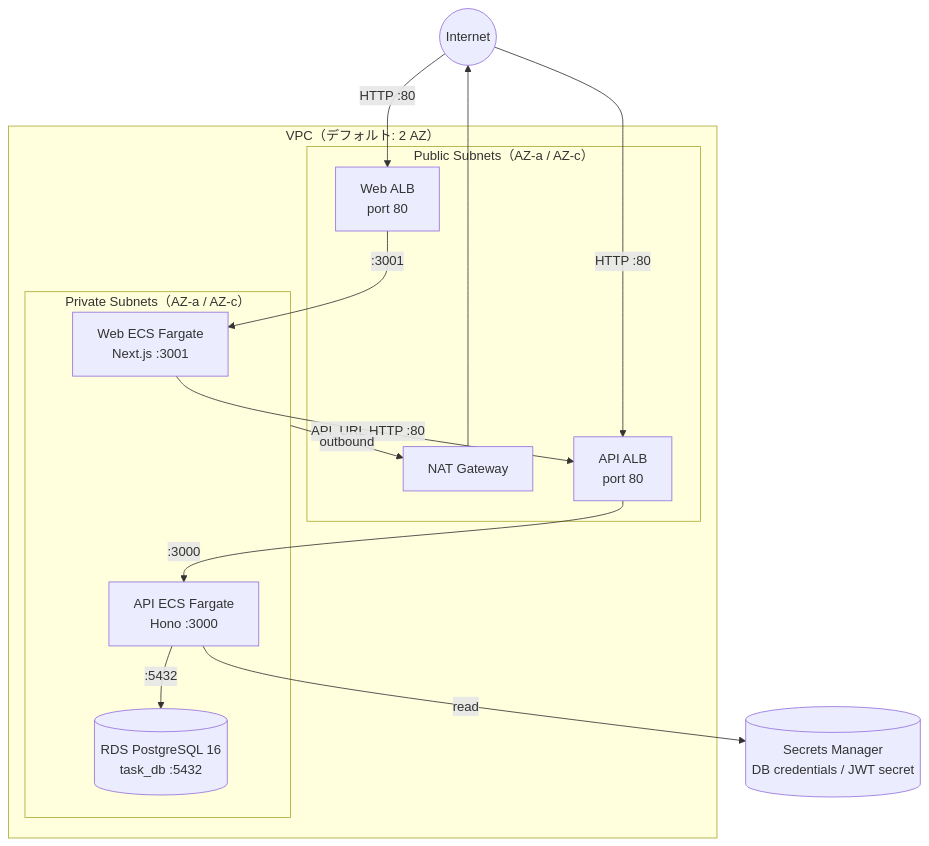
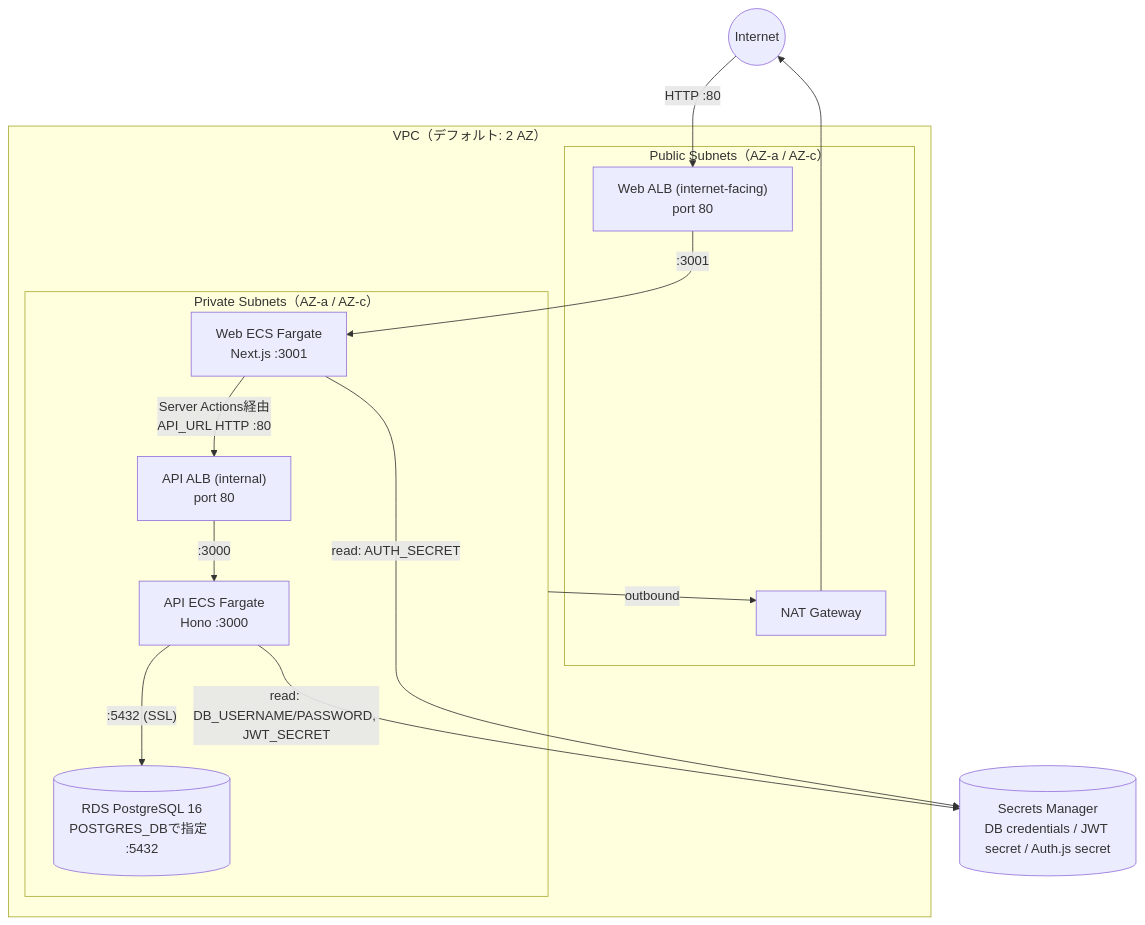
The third of 5 diagrams in docs/infra-architecture.md (kenwoo9y/forge-ts-example), drawn with Mermaid before and after one commit. The commit also changed other lines of this file, not shown here.

````diff
--- a/docs/infra-architecture.md
+++ b/docs/infra-architecture.md
@@ -116,30 +121,30 @@
 ```mermaid
 graph TB
     Internet(("Internet"))
 
     subgraph VPC["VPC（デフォルト: 2 AZ）"]
         subgraph Public["Public Subnets（AZ-a / AZ-c）"]
             NAT["NAT Gateway"]
-            WebALB["Web ALB\nport 80"]
-            ApiALB["API ALB\nport 80"]
+            WebALB["Web ALB (internet-facing)\nport 80"]
         end
 
         subgraph Private["Private Subnets（AZ-a / AZ-c）"]
+            ApiALB["API ALB (internal)\nport 80"]
             WebECS["Web ECS Fargate\nNext.js  :3001"]
             ApiECS["API ECS Fargate\nHono  :3000"]
-            RDS[("RDS PostgreSQL 16\ntask_db  :5432")]
+            RDS[("RDS PostgreSQL 16\nPOSTGRES_DBで指定  :5432")]
         end
     end
 
-    SM[("Secrets Manager\nDB credentials / JWT secret")]
+    SM[("Secrets Manager\nDB credentials / JWT secret / Auth.js secret")]
 
     Internet -->|"HTTP :80"| WebALB
-    Internet -->|"HTTP :80"| ApiALB
     WebALB -->|":3001"| WebECS
+    WebECS -->|"Server Actions経由\nAPI_URL  HTTP :80"| ApiALB
     ApiALB -->|":3000"| ApiECS
-    WebECS -->|"API_URL  HTTP :80"| ApiALB
-    ApiECS -->|":5432"| RDS
-    ApiECS -->|"read"| SM
+    ApiECS -->|":5432 (SSL)"| RDS
+    ApiECS -->|"read: DB_USERNAME/PASSWORD, JWT_SECRET"| SM
+    WebECS -->|"read: AUTH_SECRET"| SM
     Private -->|"outbound"| NAT
     NAT --> Internet
 ```
````
